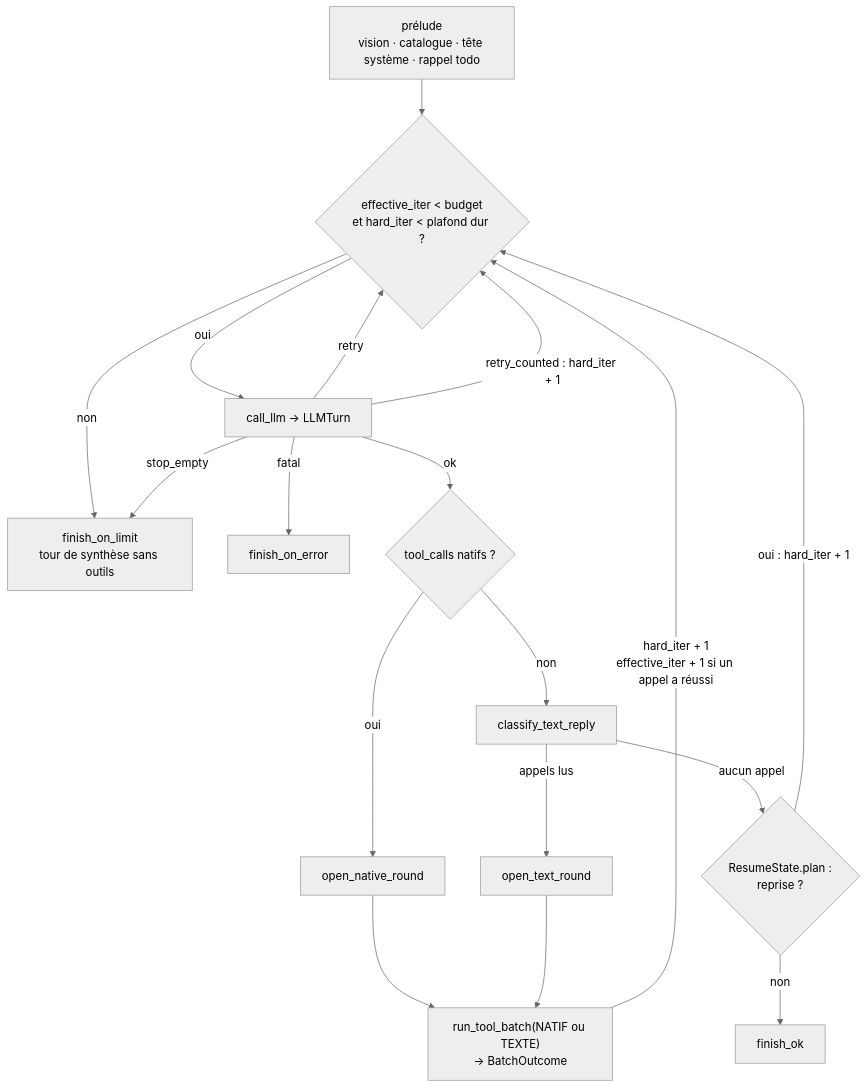
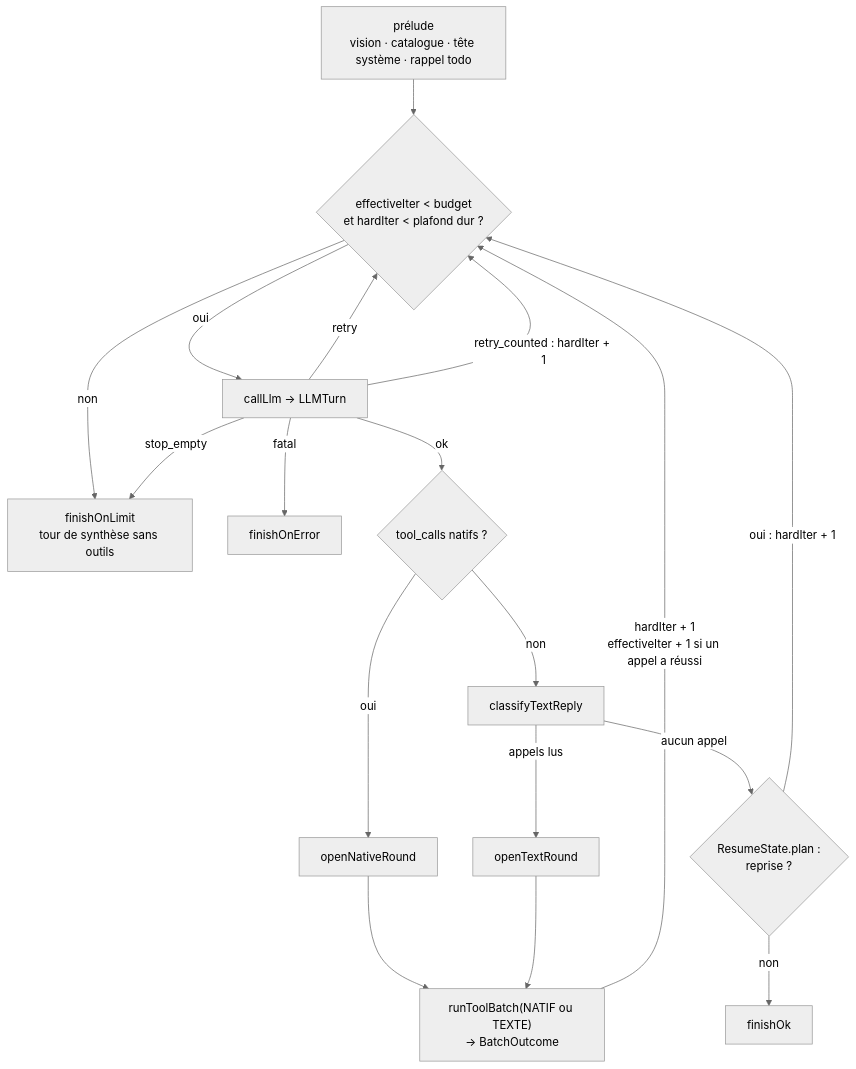
One commit to toto-fou/Elpis changed the sixth of 16 diagrams in docs/architecture.md. Above: the diagram before and after it, drawn with Mermaid (neutral theme). The commit also changed other lines of this file and 2475 other files, not shown here.

````diff
--- a/docs/architecture.md
+++ b/docs/architecture.md
@@ -587,20 +617,20 @@
 ```mermaid
 flowchart TB
-    P["prélude<br/>vision · catalogue · tête système · rappel todo"] --> W{"effective_iter &lt; budget<br/>et hard_iter &lt; plafond dur ?"}
-    W -- non --> L["finish_on_limit<br/>tour de synthèse sans outils"]
-    W -- oui --> T["call_llm → LLMTurn"]
+    P["prélude<br/>vision · catalogue · tête système · rappel todo"] --> W{"effectiveIter &lt; budget<br/>et hardIter &lt; plafond dur ?"}
+    W -- non --> L["finishOnLimit<br/>tour de synthèse sans outils"]
+    W -- oui --> T["callLlm → LLMTurn"]
     T -- "retry" --> W
-    T -- "retry_counted : hard_iter + 1" --> W
+    T -- "retry_counted : hardIter + 1" --> W
     T -- "stop_empty" --> L
-    T -- "fatal" --> E["finish_on_error"]
+    T -- "fatal" --> E["finishOnError"]
     T -- "ok" --> K{"tool_calls natifs ?"}
-    K -- oui --> N["open_native_round"]
-    K -- non --> C["classify_text_reply"]
-    C -- "appels lus" --> X["open_text_round"]
+    K -- oui --> N["openNativeRound"]
+    K -- non --> C["classifyTextReply"]
+    C -- "appels lus" --> X["openTextRound"]
     C -- "aucun appel" --> R{"ResumeState.plan :<br/>reprise ?"}
-    R -- "oui : hard_iter + 1" --> W
-    R -- non --> F["finish_ok"]
-    N --> B["run_tool_batch(NATIF ou TEXTE)<br/>→ BatchOutcome"]
+    R -- "oui : hardIter + 1" --> W
+    R -- non --> F["finishOk"]
+    N --> B["runToolBatch(NATIF ou TEXTE)<br/>→ BatchOutcome"]
     X --> B
-    B -- "hard_iter + 1<br/>effective_iter + 1 si un appel a réussi" --> W
+    B -- "hardIter + 1<br/>effectiveIter + 1 si un appel a réussi" --> W
 ```
````
